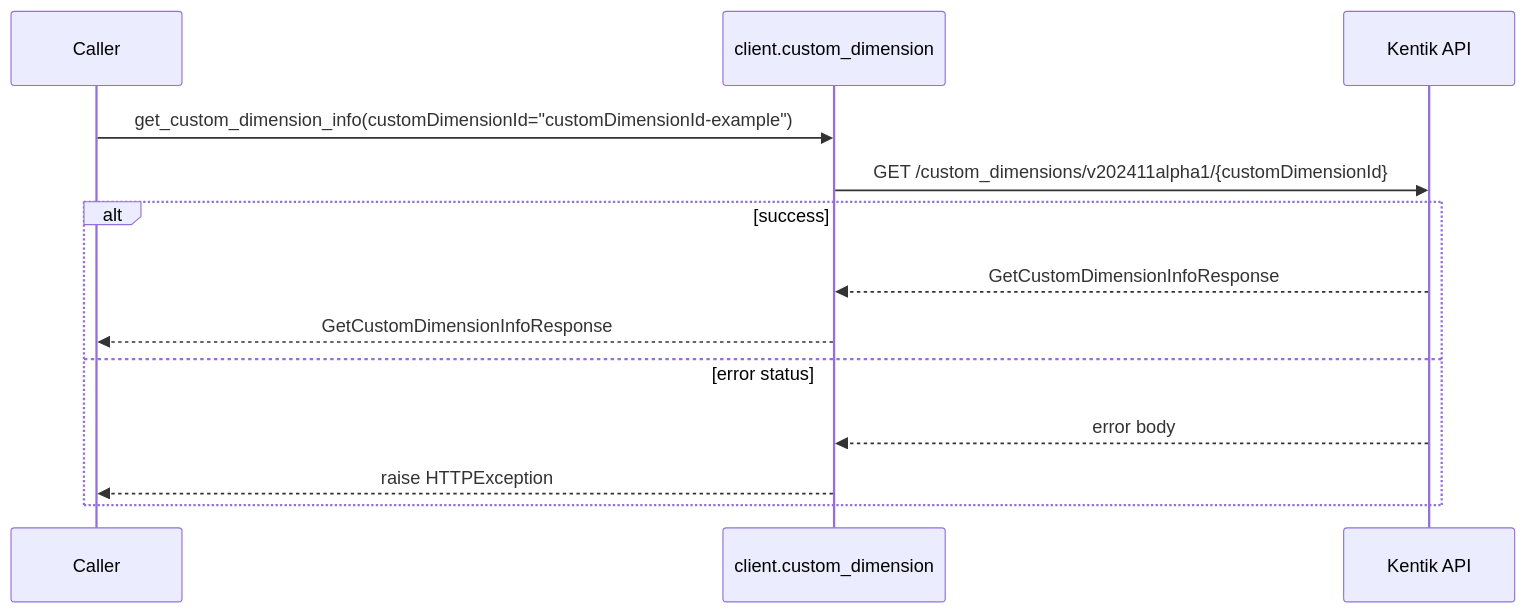
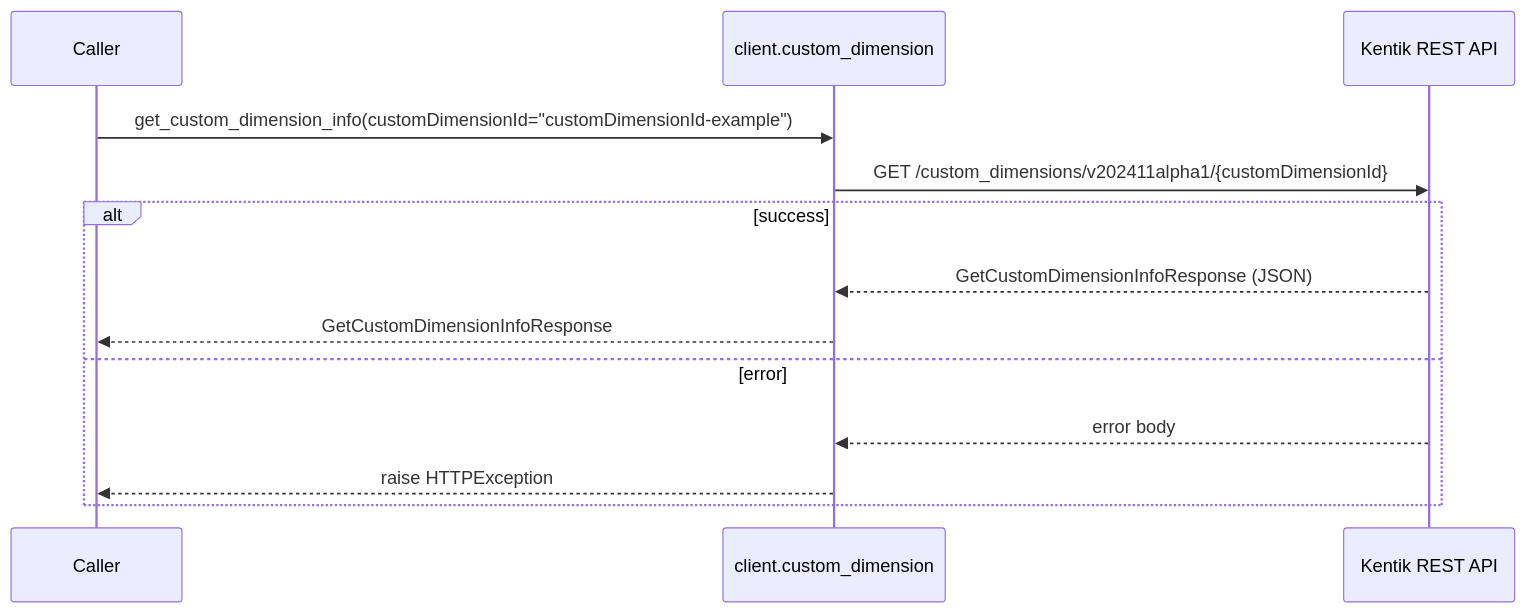
Before and after one commit to alexdearaujo/community_sdk_python: the fourth of 22 diagrams in docs/sphinx/services/custom_dimension.md, drawn with Mermaid. The commit also changed other lines of this file and 61 other files, not shown here.

````diff
--- a/docs/sphinx/services/custom_dimension.md
+++ b/docs/sphinx/services/custom_dimension.md
@@ -75,16 +102,16 @@
 ```mermaid
 sequenceDiagram
     participant C as Caller
     participant W as client.custom_dimension
-    participant API as Kentik API
+    participant API as Kentik REST API
 
     C->>W: get_custom_dimension_info(customDimensionId="customDimensionId-example")
     W->>API: GET /custom_dimensions/v202411alpha1/{customDimensionId}
     alt success
-        API-->>W: GetCustomDimensionInfoResponse
+        API-->>W: GetCustomDimensionInfoResponse (JSON)
         W-->>C: GetCustomDimensionInfoResponse
-    else error status
+    else error
         API-->>W: error body
         W-->>C: raise HTTPException
     end
 ```
````
